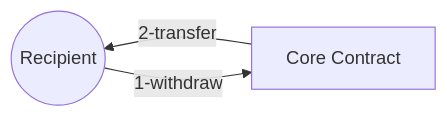
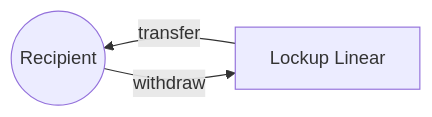
Before and after one commit to sablier-labs/docs: the sixth of 8 diagrams in docs/contracts/v2/reference/02-diagrams.md, drawn with Mermaid. The commit also changed other lines of this file, not shown here.

Commit message:
perf: polish diagrams

````diff
--- a/docs/contracts/v2/reference/02-diagrams.md
+++ b/docs/contracts/v2/reference/02-diagrams.md
@@ -152,8 +156,8 @@
 ```mermaid
 flowchart RL
-  CC[Core Contract]
+  LL[Lockup Linear]
   R((Recipient))
 
-  R -- "1-withdraw" --> CC
-  CC -- "2-transfer" --> R
+  R -- "withdraw" --> LL
+  LL -- "transfer" --> R
 ```
````
